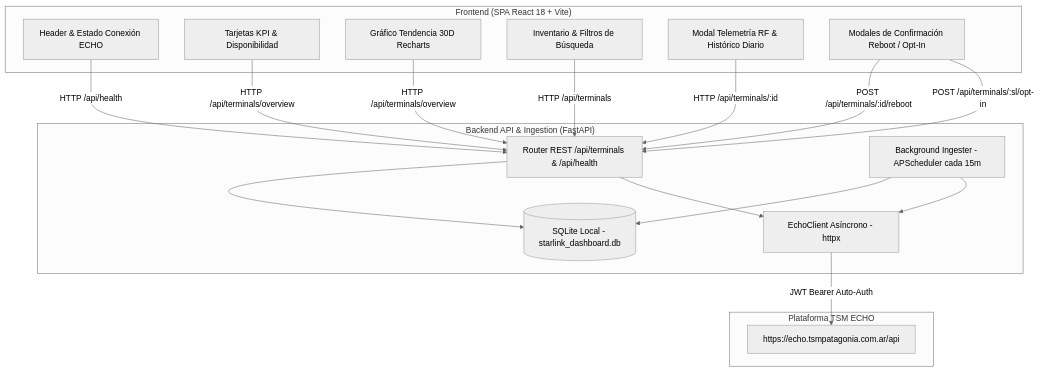
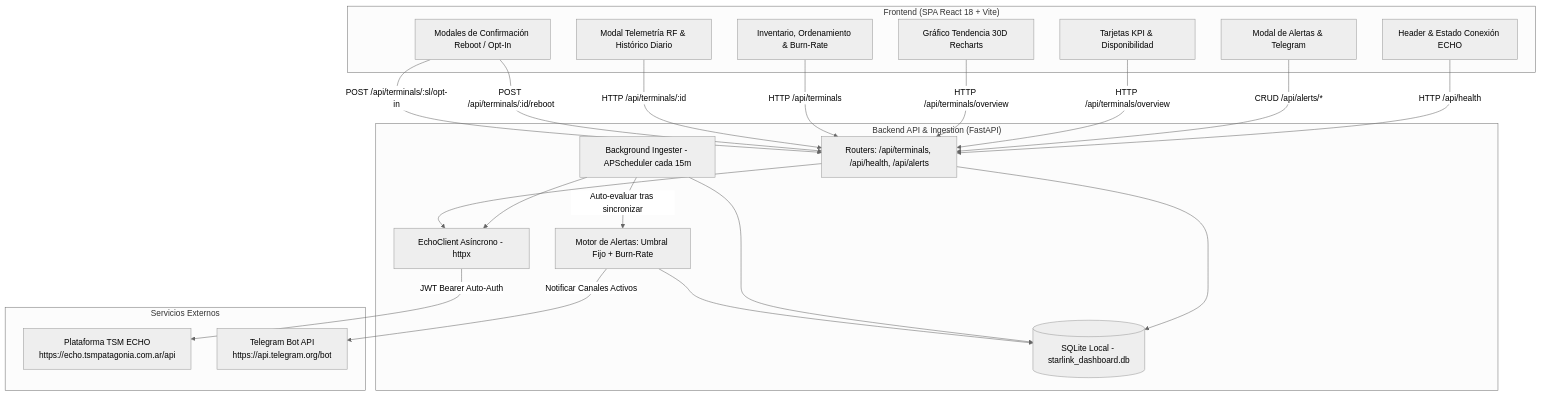
Before and after one commit to larentimatias7-oss/startlnk: the first of 2 diagrams in README.md, drawn with Mermaid (neutral theme). The commit also changed other lines of this file and 22 other files, not shown here.

Commit message:
feat: add interactive table sorting, burn-rate alerting, and multi-channel telegram notifications

````diff
--- a/README.md
+++ b/README.md
@@ -48,36 +56,43 @@
 ```mermaid
 graph TD
     subgraph Frontend ["Frontend (SPA React 18 + Vite)"]
         UI_Head[Header & Estado Conexión ECHO]
+        UI_Alerts[Modal de Alertas & Telegram]
         UI_KPIs[Tarjetas KPI & Disponibilidad]
         UI_Chart[Gráfico Tendencia 30D Recharts]
-        UI_Table[Inventario & Filtros de Búsqueda]
+        UI_Table[Inventario, Ordenamiento & Burn-Rate]
         UI_Detail[Modal Telemetría RF & Histórico Diario]
         UI_Modals[Modales de Confirmación Reboot / Opt-In]
     end
 
     subgraph Backend ["Backend API & Ingestion (FastAPI)"]
-        API[Router REST /api/terminals & /api/health]
+        API[Routers: /api/terminals, /api/health, /api/alerts]
+        AlertsEng[Motor de Alertas: Umbral Fijo + Burn-Rate]
         Worker[Background Ingester - APScheduler cada 15m]
         Client[EchoClient Asíncrono - httpx]
         ORM[(SQLite Local - starlink_dashboard.db)]
     end
 
-    subgraph Upstream ["Plataforma TSM ECHO"]
-        ECHO_API["https://echo.tsmpatagonia.com.ar/api"]
+    subgraph External ["Servicios Externos"]
+        ECHO_API["Plataforma TSM ECHO\nhttps://echo.tsmpatagonia.com.ar/api"]
+        TG_API["Telegram Bot API\nhttps://api.telegram.org/bot<token>"]
     end
 
     UI_Head -->|HTTP /api/health| API
+    UI_Alerts -->|CRUD /api/alerts/*| API
     UI_KPIs -->|HTTP /api/terminals/overview| API
     UI_Chart -->|HTTP /api/terminals/overview| API
     UI_Table -->|HTTP /api/terminals| API
     UI_Detail -->|HTTP /api/terminals/:id| API
     UI_Modals -->|POST /api/terminals/:id/reboot| API
     UI_Modals -->|POST /api/terminals/:sl/opt-in| API
 
     API --> ORM
     Worker --> ORM
     Worker --> Client
+    Worker -->|Auto-evaluar tras sincronizar| AlertsEng
+    AlertsEng --> ORM
+    AlertsEng -->|Notificar Canales Activos| TG_API
     API --> Client
     Client -->|JWT Bearer Auto-Auth| ECHO_API
 ```
````
